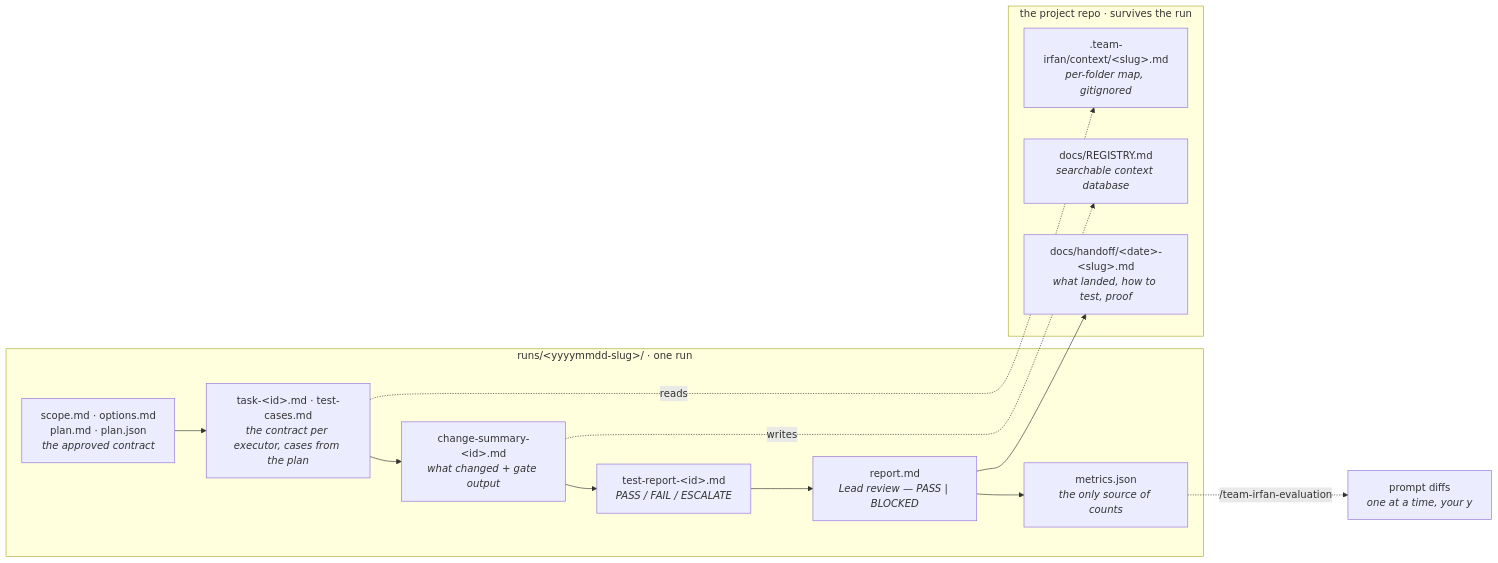
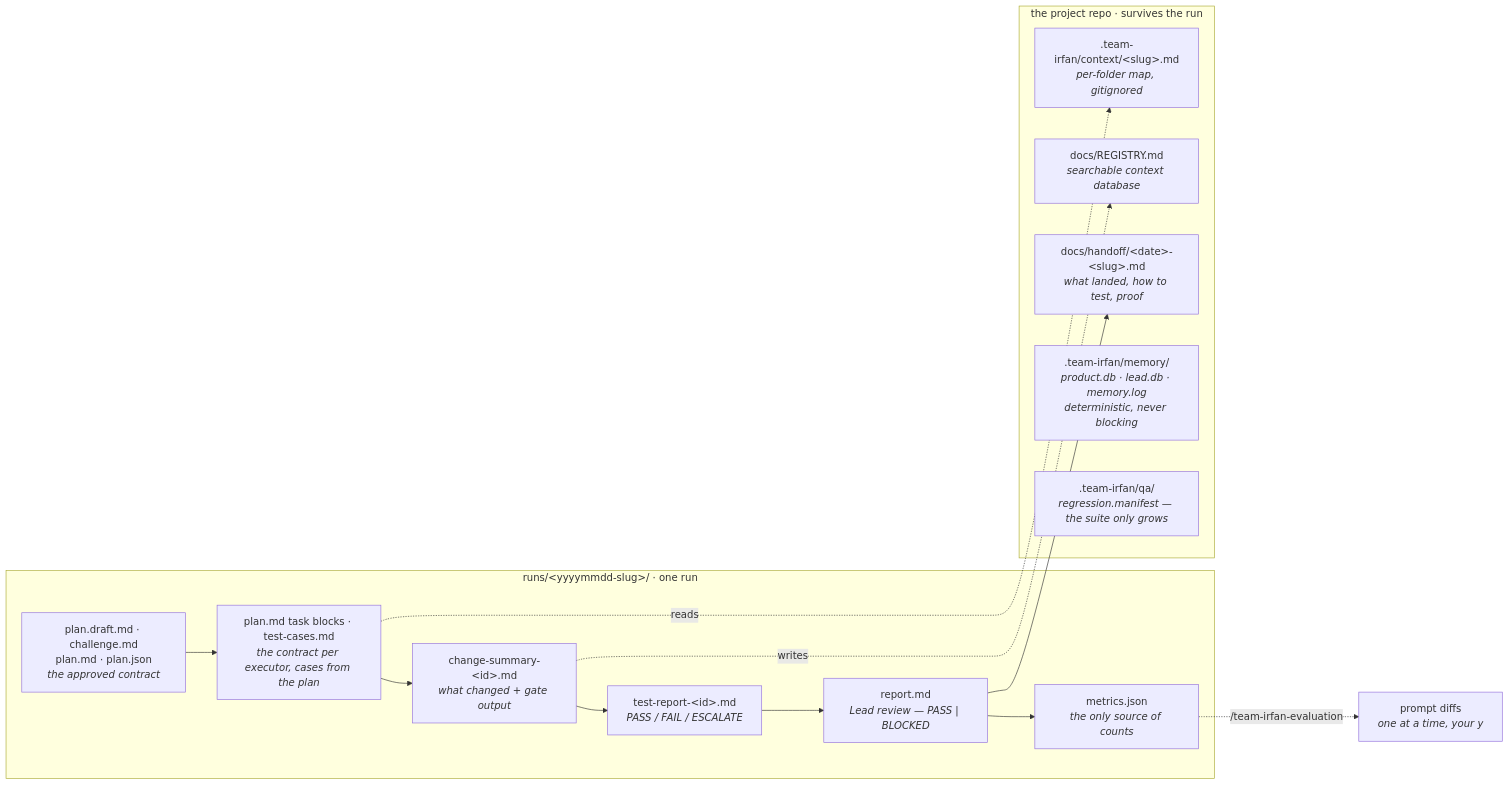
The third of 8 diagrams in docs/workflow.md (irfanguvian/team-irfan), drawn with Mermaid before and after one commit. The commit also changed other lines of this file and 19 other files, not shown here.

````diff
--- a/docs/workflow.md
+++ b/docs/workflow.md
@@ -115,23 +128,25 @@
 ```mermaid
 flowchart LR
     subgraph RUN["runs/&lt;yyyymmdd-slug&gt;/ · one run"]
-        B["scope.md · options.md<br/>plan.md · plan.json<br/><i>the approved contract</i>"]
-        TK["task-&lt;id&gt;.md · test-cases.md<br/><i>the contract per executor, cases from the plan</i>"]
+        B["plan.draft.md · challenge.md<br/>plan.md · plan.json<br/><i>the approved contract</i>"]
+        TK["plan.md task blocks · test-cases.md<br/><i>the contract per executor, cases from the plan</i>"]
         CS["change-summary-&lt;id&gt;.md<br/><i>what changed + gate output</i>"]
         TR["test-report-&lt;id&gt;.md<br/><i>PASS / FAIL / ESCALATE</i>"]
         RP["report.md<br/><i>Lead review — PASS | BLOCKED</i>"]
         MT["metrics.json<br/><i>the only source of counts</i>"]
     end
 
     subgraph PROJ["the project repo · survives the run"]
         CM[".team-irfan/context/&lt;slug&gt;.md<br/><i>per-folder map, gitignored</i>"]
         RG["docs/REGISTRY.md<br/><i>searchable context database</i>"]
         HO["docs/handoff/&lt;date&gt;-&lt;slug&gt;.md<br/><i>what landed, how to test, proof</i>"]
+        MEMD[".team-irfan/memory/<br/><i>product.db · lead.db · memory.log<br/>deterministic, never blocking</i>"]
+        QAD[".team-irfan/qa/<br/><i>regression.manifest — the suite only grows</i>"]
     end
 
     B --> TK --> CS --> TR --> RP --> MT
     TK -.reads.-> CM
     CS -.writes.-> RG
     RP --> HO
     MT -.->|"/team-irfan-evaluation"| EV["prompt diffs<br/><i>one at a time, your y</i>"]
 ```
````
